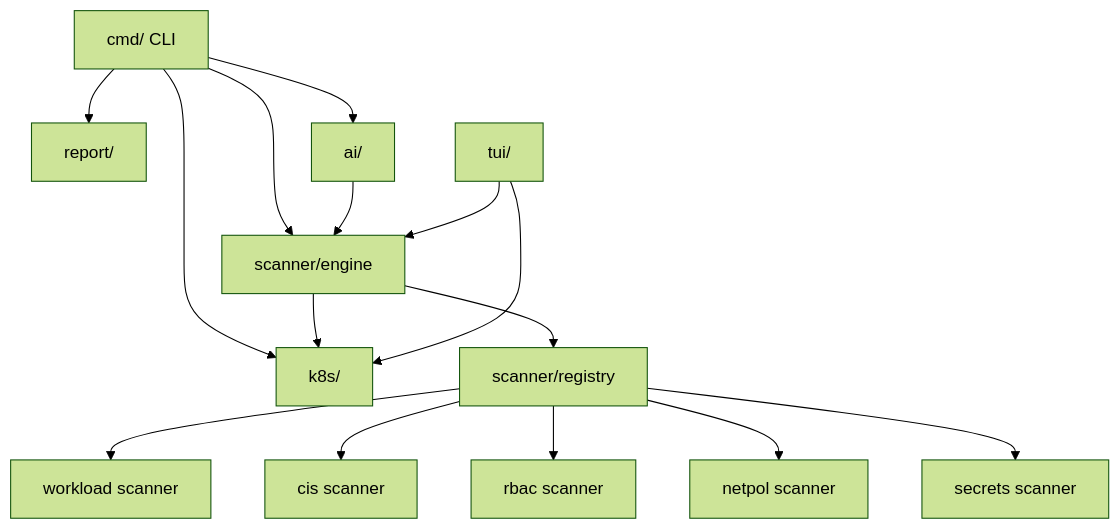
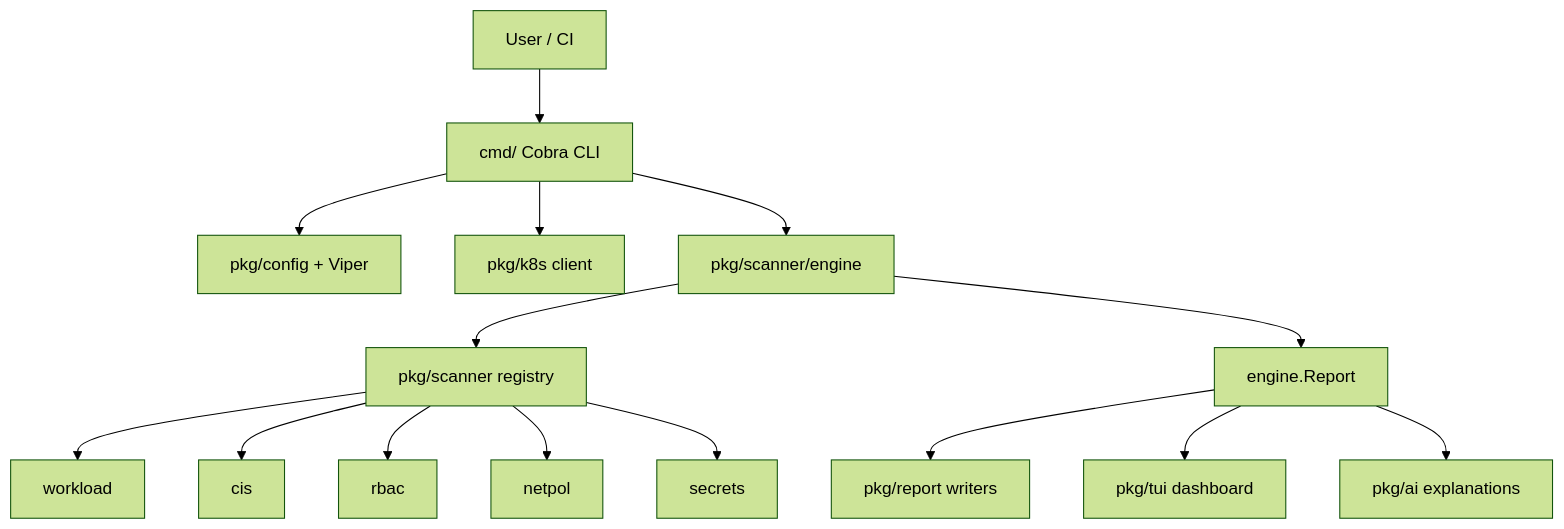
Before and after one commit to RamazanKara/kube-shield: the first of 2 diagrams in docs/ARCHITECTURE.md, drawn with Mermaid (forest theme). The commit also changed other lines of this file and 12 other files, not shown here.

````diff
--- a/docs/ARCHITECTURE.md
+++ b/docs/ARCHITECTURE.md
@@ -45,17 +38,17 @@
 ```mermaid
 graph TD
-    CLI[cmd/ CLI] --> Engine[scanner/engine]
-    CLI --> Report[report/]
-    CLI --> AI[ai/]
-    CLI --> K8s[k8s/]
-    Engine --> Registry[scanner/registry]
-    Registry --> WL[workload scanner]
-    Registry --> CIS[cis scanner]
-    Registry --> RBAC[rbac scanner]
-    Registry --> NET[netpol scanner]
-    Registry --> SEC[secrets scanner]
-    Engine --> K8s
-    AI --> Engine
-    TUI[tui/] --> Engine
-    TUI --> K8s
+    User["User / CI"] --> CLI["cmd/ Cobra CLI"]
+    CLI --> Config["pkg/config + Viper"]
+    CLI --> K8s["pkg/k8s client"]
+    CLI --> Engine["pkg/scanner/engine"]
+    Engine --> Registry["pkg/scanner registry"]
+    Registry --> Workload["workload"]
+    Registry --> CIS["cis"]
+    Registry --> RBAC["rbac"]
+    Registry --> Netpol["netpol"]
+    Registry --> Secrets["secrets"]
+    Engine --> Report["engine.Report"]
+    Report --> Writers["pkg/report writers"]
+    Report --> TUI["pkg/tui dashboard"]
+    Report --> AI["pkg/ai explanations"]
 ```
````
